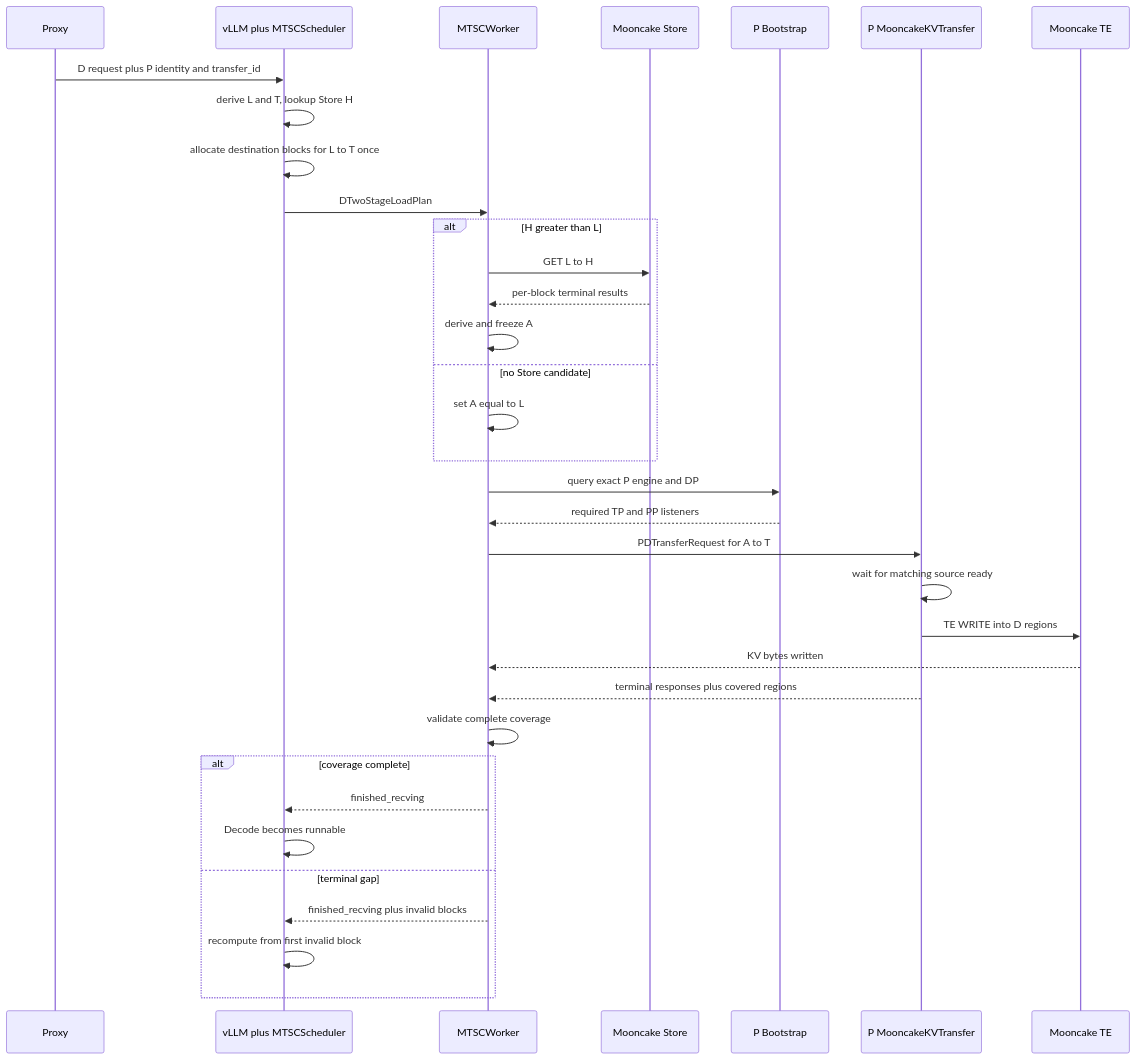
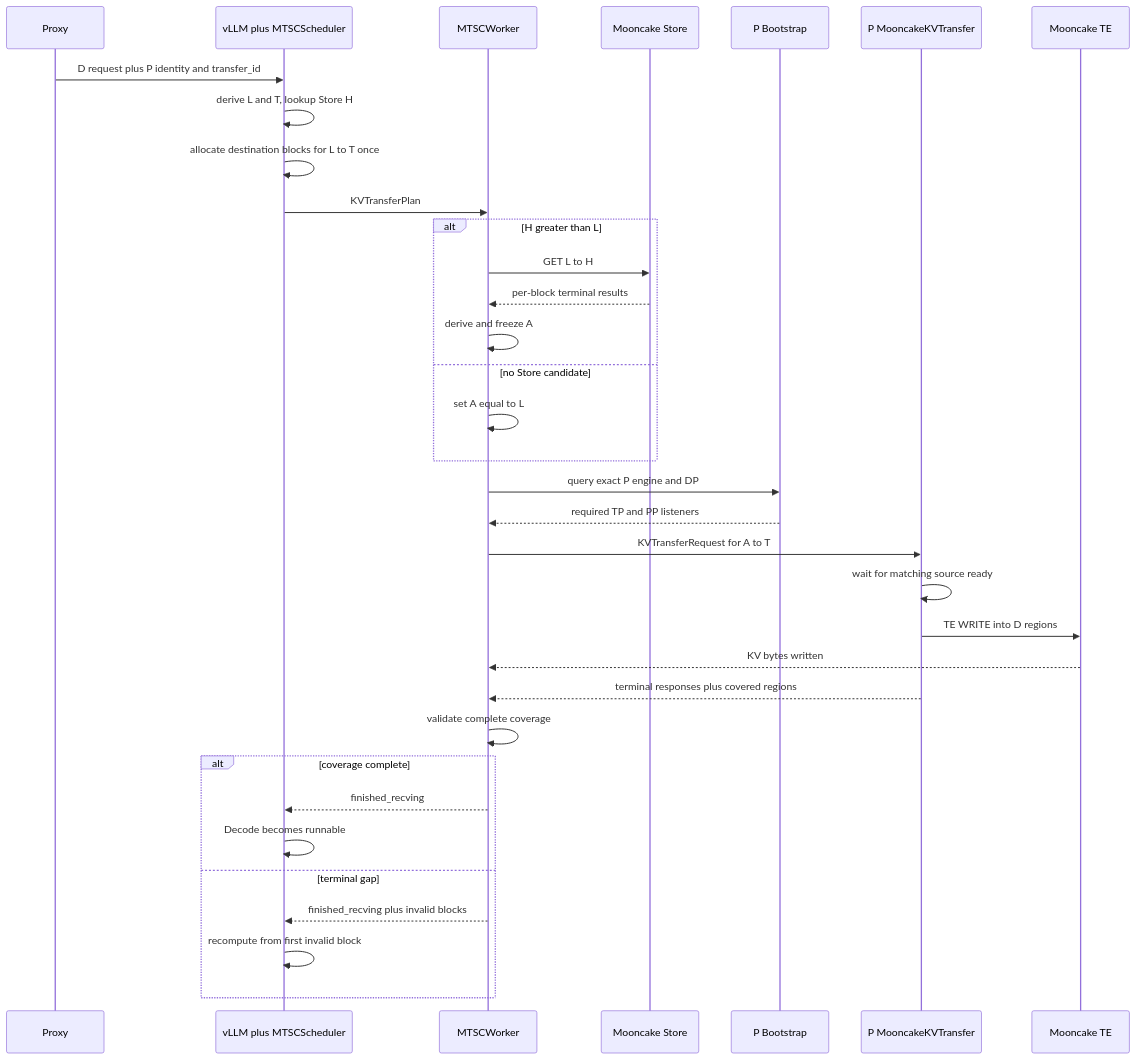
One commit to WangSu-X/MTSC changed the third of 6 diagrams in docs/design/S03-decode设计.md. Above: the diagram before and after it, drawn with Mermaid. The commit also changed other lines of this file and 16 other files, not shown here.

````diff
--- a/docs/design/S03-decode设计.md
+++ b/docs/design/S03-decode设计.md
@@ -294,37 +296,37 @@
 ```mermaid
 sequenceDiagram
     participant X as Proxy
     participant S as vLLM plus MTSCScheduler
     participant W as MTSCWorker
     participant ST as Mooncake Store
     participant B as P Bootstrap
     participant P as P MooncakeKVTransfer
     participant TE as Mooncake TE
 
     X->>S: D request plus P identity and transfer_id
     S->>S: derive L and T, lookup Store H
     S->>S: allocate destination blocks for L to T once
-    S->>W: DTwoStageLoadPlan
+    S->>W: KVTransferPlan
     alt H greater than L
         W->>ST: GET L to H
         ST-->>W: per-block terminal results
         W->>W: derive and freeze A
     else no Store candidate
         W->>W: set A equal to L
     end
     W->>B: query exact P engine and DP
     B-->>W: required TP and PP listeners
-    W->>P: PDTransferRequest for A to T
+    W->>P: KVTransferRequest for A to T
     P->>P: wait for matching source ready
     P->>TE: TE WRITE into D regions
     TE-->>W: KV bytes written
     P-->>W: terminal responses plus covered regions
     W->>W: validate complete coverage
     alt coverage complete
         W-->>S: finished_recving
         S->>S: Decode becomes runnable
     else terminal gap
         W-->>S: finished_recving plus invalid blocks
         S->>S: recompute from first invalid block
     end
 ```
````
